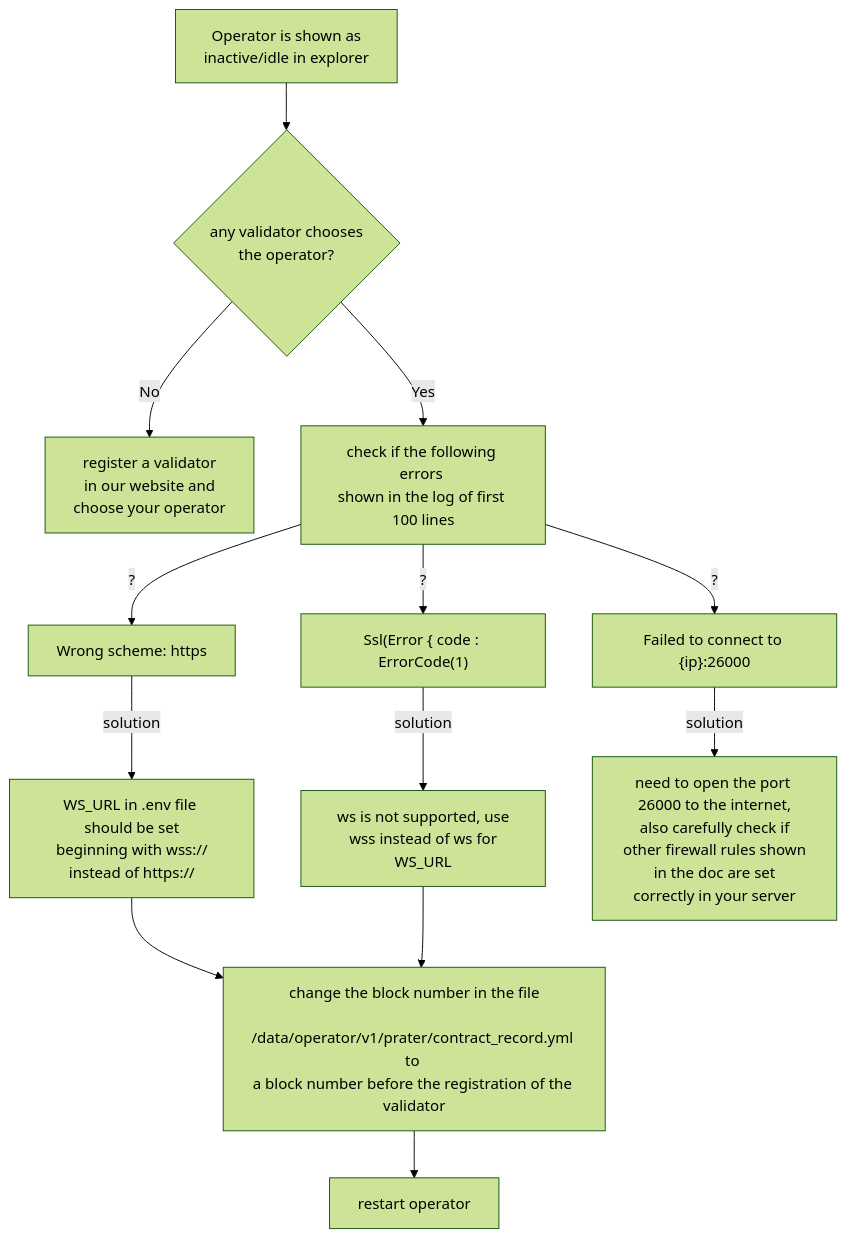
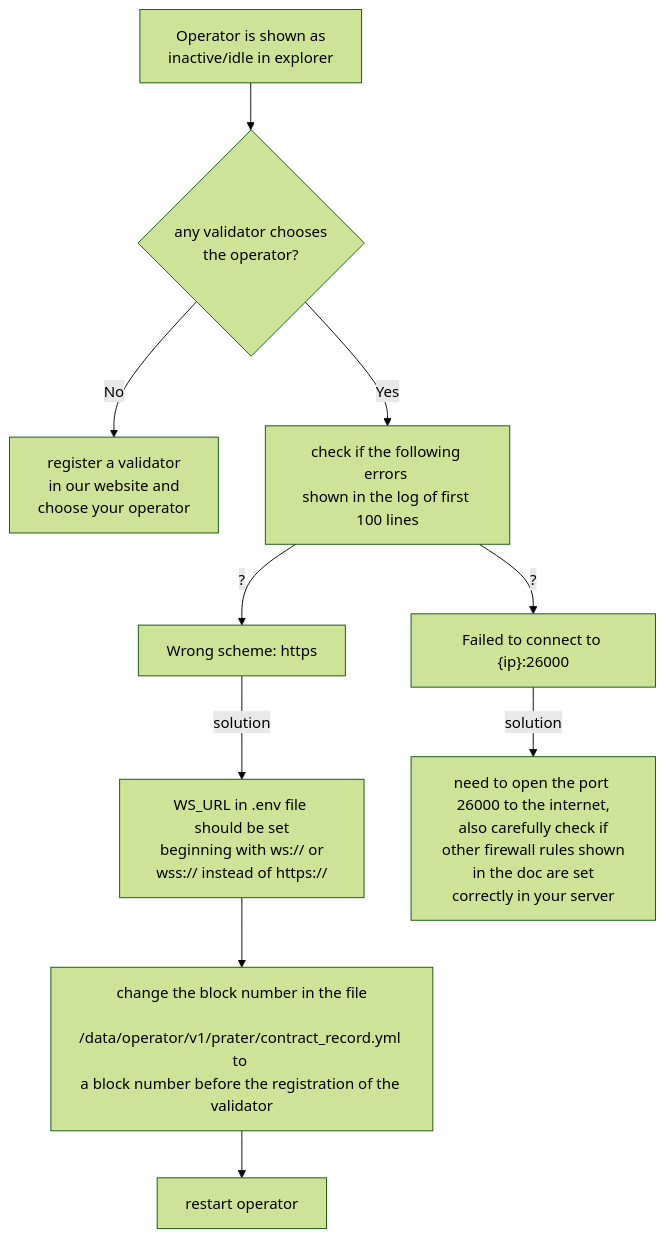
One commit to ParaState/SafeStakeOperator changed the diagram in docs/safestake-running-an-operator-node-on-going.md. Above: the diagram before and after it, drawn with Mermaid (forest theme). The commit also changed other lines of this file and 2 other files, not shown here.

````diff
--- a/docs/safestake-running-an-operator-node-on-going.md
+++ b/docs/safestake-running-an-operator-node-on-going.md
@@ -296,15 +279,12 @@
 ```mermaid
 graph TD;
     A[Operator is shown as \n inactive/idle in explorer] --> B{any validator chooses\nthe operator?};
     B --> |No| C[register a validator\n in our website and \n choose your operator];
     B --> |Yes| D[check if the following errors \nshown in the log of first 100 lines];
     D --> |?| E[Wrong scheme: https];
-    E --> |solution| F["WS_URL in .env file should be set\n beginning with wss:// instead of https://"];
+    E --> |solution| F["WS_URL in .env file should be set\n beginning with ws:// or wss:// instead of https://"];
     F --> G[change the block number in the file\n /data/operator/v1/prater/contract_record.yml to \na block number before the registration of the validator];
     G --> H[restart operator];
-    D --> |?| I["Ssl(Error { code : ErrorCode(1)"];
-    I --> |solution| J[ws is not supported, use\n wss instead of ws for WS_URL];
-    J --> G;
     D --> |?| K["Failed to connect to {ip}:26000"];
     K --> |solution| L[need to open the port 26000 to the internet,\n also carefully check if other firewall rules shown\n in the doc are set correctly in your server];
 ```
````
